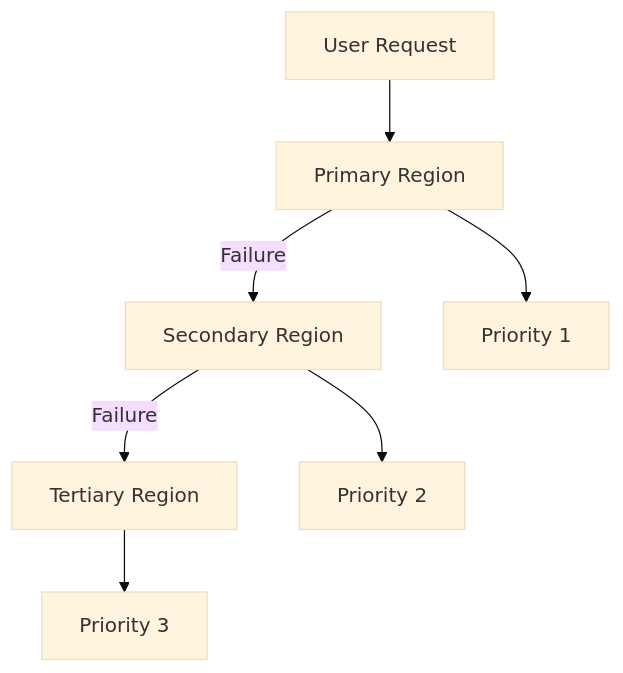
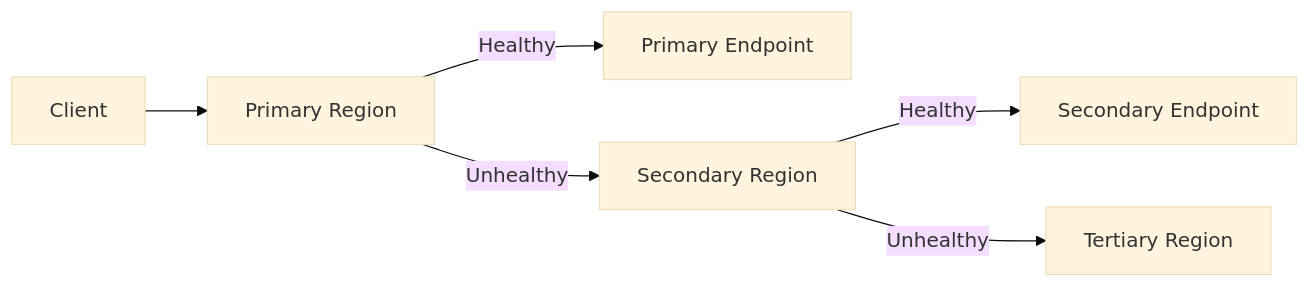
One commit to saravanakumarrc/Architecture_Journey changed the fourth of 14 diagrams in src/azure/az-104/Traffic_Manager.md. Above: the diagram before and after it, drawn with Mermaid (base theme). The commit also changed other lines of this file and 6 other files, not shown here.

````diff
--- a/src/azure/az-104/Traffic_Manager.md
+++ b/src/azure/az-104/Traffic_Manager.md
@@ -63,10 +69,8 @@
 ```mermaid
-graph TB
-    A[User Request] --> B[Primary Region]
-    B -->|Failure| C[Secondary Region]
-    C -->|Failure| D[Tertiary Region]
-    
-    B --> E[Priority 1]
-    C --> F[Priority 2]
-    D --> G[Priority 3]
+graph LR
+    A[Client] --> B[Primary Region]
+    B -->|Healthy| C[Primary Endpoint]
+    B -->|Unhealthy| D[Secondary Region]
+    D -->|Healthy| E[Secondary Endpoint]
+    D -->|Unhealthy| F[Tertiary Region]
 ```
````
